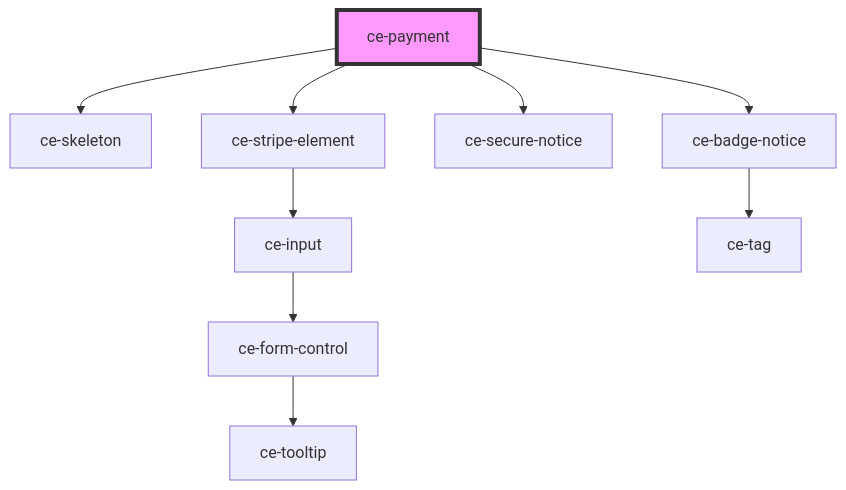
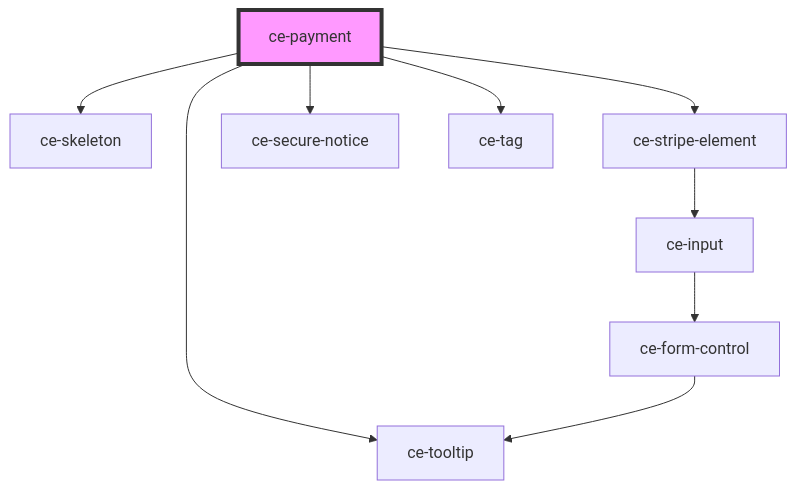
One commit to surecart/surecart-wp-plugin changed the diagram in packages/components/src/components/controllers/payment/readme.md. Above: the diagram before and after it, drawn with Mermaid. The commit also changed other lines of this file and 162 other files, not shown here.

````diff
--- a/packages/components/src/components/controllers/payment/readme.md
+++ b/packages/components/src/components/controllers/payment/readme.md
@@ -30,12 +31,12 @@
 ```mermaid
 graph TD;
   ce-payment --> ce-skeleton
   ce-payment --> ce-stripe-element
   ce-payment --> ce-secure-notice
-  ce-payment --> ce-badge-notice
+  ce-payment --> ce-tooltip
+  ce-payment --> ce-tag
   ce-stripe-element --> ce-input
   ce-input --> ce-form-control
   ce-form-control --> ce-tooltip
-  ce-badge-notice --> ce-tag
   style ce-payment fill:#f9f,stroke:#333,stroke-width:4px
 ```
````
